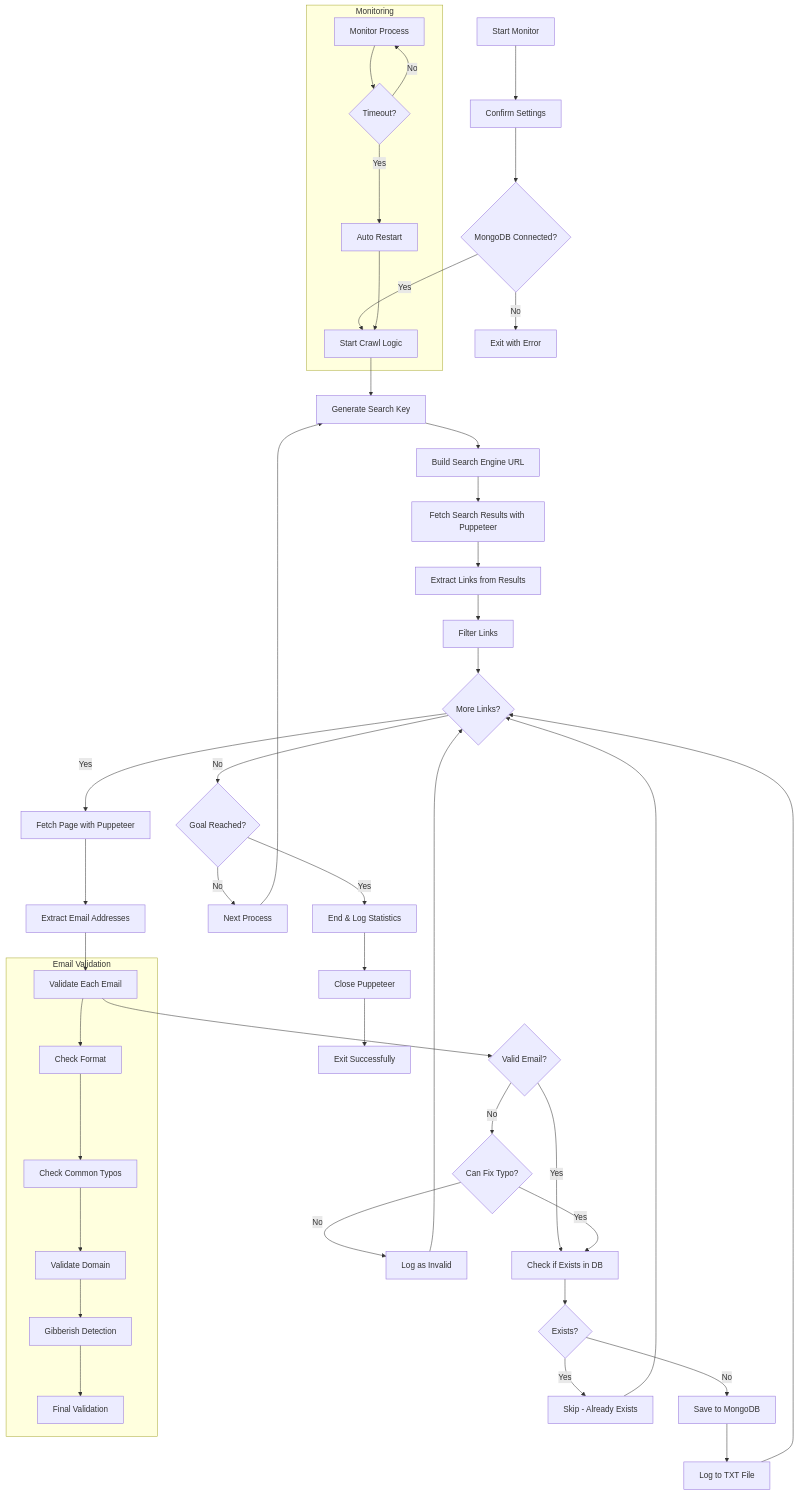
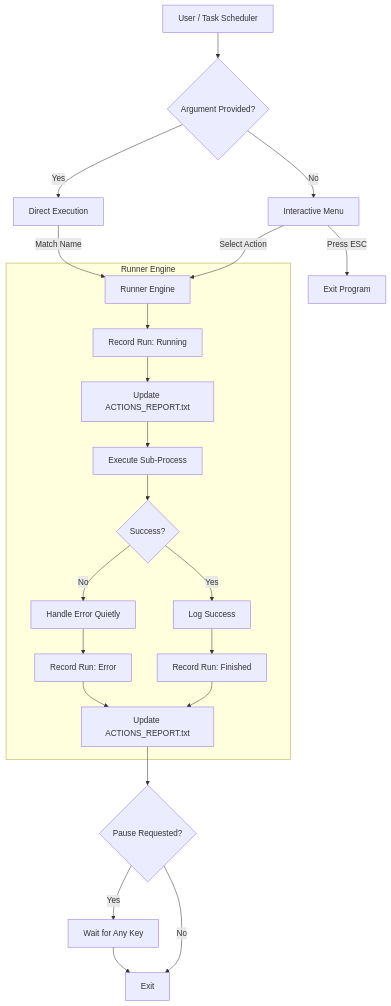
Before and after one commit to orassayag/actions-manager: the diagram in README.md, drawn with Mermaid. The commit also changed other lines of this file and 8 other files, not shown here.

Commit message:
fix: Fix the logic of the actions and update the md files

````diff
--- a/README.md
+++ b/README.md
@@ -172,59 +164,30 @@
 ```mermaid
-graph TB
-    A[Start Monitor] --> B[Confirm Settings]
-    B --> C{MongoDB Connected?}
-    C -->|No| D[Exit with Error]
-    C -->|Yes| E[Start Crawl Logic]
+graph TD
+    A[User / Task Scheduler] --> B{Argument Provided?}
 
-    E --> F[Generate Search Key]
-    F --> G[Build Search Engine URL]
-    G --> H[Fetch Search Results with Puppeteer]
+    B -->|No| C[Interactive Menu]
+    B -->|Yes| D[Direct Execution]
 
-    H --> I[Extract Links from Results]
-    I --> J[Filter Links]
-    J --> K{More Links?}
+    C -->|Select Action| E[Runner Engine]
+    C -->|Press ESC| F[Exit Program]
 
-    K -->|Yes| L[Fetch Page with Puppeteer]
-    L --> M[Extract Email Addresses]
-    M --> N[Validate Each Email]
+    D -->|Match Name| E
 
-    N --> O{Valid Email?}
-    O -->|Yes| P[Check if Exists in DB]
-    O -->|No| Q{Can Fix Typo?}
-
-    Q -->|Yes| P
-    Q -->|No| R[Log as Invalid]
-
-    P --> S{Exists?}
-    S -->|No| T[Save to MongoDB]
-    S -->|Yes| U[Skip - Already Exists]
-
-    T --> V[Log to TXT File]
-    V --> K
-    U --> K
-    R --> K
-
-    K -->|No| W{Goal Reached?}
-    W -->|No| X[Next Process]
-    W -->|Yes| Y[End & Log Statistics]
-
-    X --> F
-
-    Y --> Z[Close Puppeteer]
-    Z --> AA[Exit Successfully]
-
-    subgraph "Email Validation"
-        N --> N1[Check Format]
-        N1 --> N2[Check Common Typos]
-        N2 --> N3[Validate Domain]
-        N3 --> N4[Gibberish Detection]
-        N4 --> N5[Final Validation]
+    subgraph "Runner Engine"
+        E --> G[Record Run: Running]
+        G --> H[Update ACTIONS_REPORT.txt]
+        H --> I[Execute Sub-Process]
+        I --> J{Success?}
+        J -->|Yes| K[Log Success]
+        J -->|No| L[Handle Error Quietly]
+        K --> M[Record Run: Finished]
+        L --> N[Record Run: Error]
+        M --> O[Update ACTIONS_REPORT.txt]
+        N --> O
     end
 
-    subgraph "Monitoring"
-        BB[Monitor Process] --> CC{Timeout?}
-        CC -->|Yes| DD[Auto Restart]
-        CC -->|No| BB
-        DD --> E
-    end
+    O --> P{Pause Requested?}
+    P -->|Yes| Q[Wait for Any Key]
+    P -->|No| R[Exit]
+    Q --> R
 ```
````
